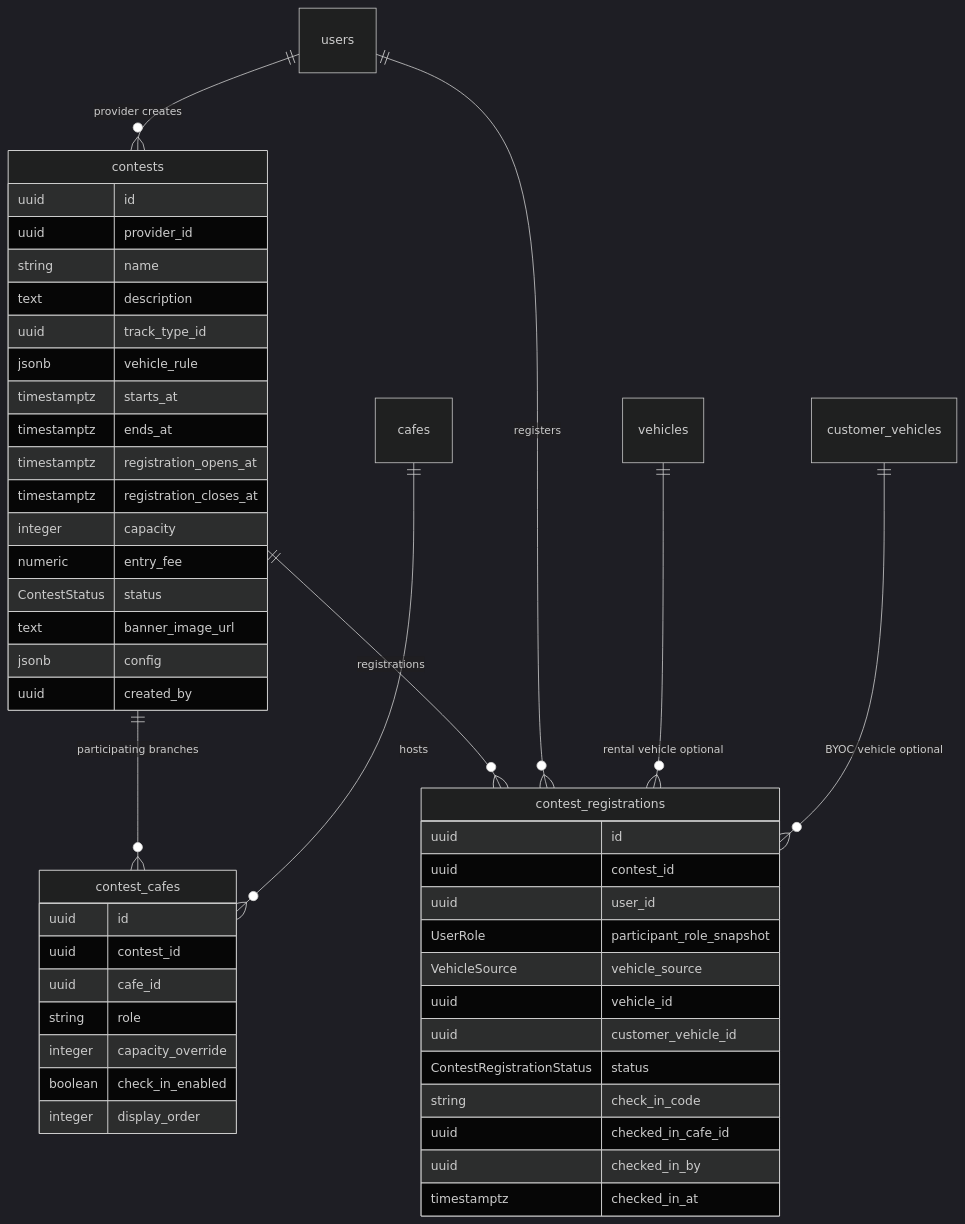
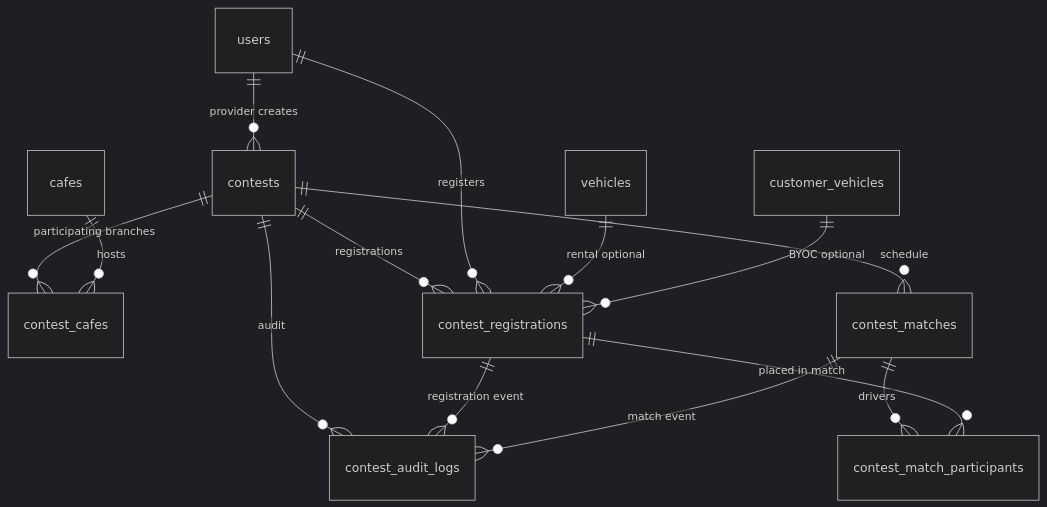
Before and after one commit to RCField-SEP490/rcfield-spec: the second of 5 diagrams in docs/architecture/03-contest.md, drawn with Mermaid (dark theme). The commit also changed other lines of this file and 8 other files, not shown here.

````diff
--- a/docs/architecture/03-contest.md
+++ b/docs/architecture/03-contest.md
@@ -100,54 +129,16 @@
 ```mermaid
 erDiagram
     users ||--o{ contests : "provider creates"
     contests ||--o{ contest_cafes : "participating branches"
     cafes ||--o{ contest_cafes : "hosts"
     contests ||--o{ contest_registrations : "registrations"
     users ||--o{ contest_registrations : "registers"
-    vehicles ||--o{ contest_registrations : "rental vehicle optional"
-    customer_vehicles ||--o{ contest_registrations : "BYOC vehicle optional"
-
-    contests {
-      uuid id
-      uuid provider_id
-      string name
-      text description
-      uuid track_type_id
-      jsonb vehicle_rule
-      timestamptz starts_at
-      timestamptz ends_at
-      timestamptz registration_opens_at
-      timestamptz registration_closes_at
-      integer capacity
-      numeric entry_fee
-      ContestStatus status
-      text banner_image_url
-      jsonb config
-      uuid created_by
-    }
-
-    contest_cafes {
-      uuid id
-      uuid contest_id
-      uuid cafe_id
-      string role
-      integer capacity_override
-      boolean check_in_enabled
-      integer display_order
-    }
-
-    contest_registrations {
-      uuid id
-      uuid contest_id
-      uuid user_id
-      UserRole participant_role_snapshot
-      VehicleSource vehicle_source
-      uuid vehicle_id
-      uuid customer_vehicle_id
-      ContestRegistrationStatus status
-      string check_in_code
-      uuid checked_in_cafe_id
-      uuid checked_in_by
-      timestamptz checked_in_at
-    }
+    vehicles ||--o{ contest_registrations : "rental optional"
+    customer_vehicles ||--o{ contest_registrations : "BYOC optional"
+    contests ||--o{ contest_matches : "schedule"
+    contest_matches ||--o{ contest_match_participants : "drivers"
+    contest_registrations ||--o{ contest_match_participants : "placed in match"
+    contests ||--o{ contest_audit_logs : "audit"
+    contest_registrations ||--o{ contest_audit_logs : "registration event"
+    contest_matches ||--o{ contest_audit_logs : "match event"
 ```
````
